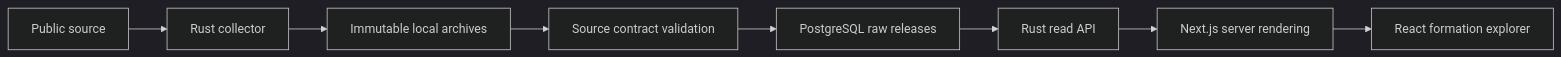
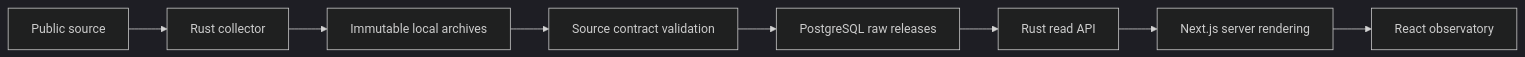
Before and after one commit to gregorsternat/gradavia: the diagram in ARCHITECTURE.md, drawn with Mermaid (dark theme). The commit also changed other lines of this file and 148 other files, not shown here.

````diff
--- a/ARCHITECTURE.md
+++ b/ARCHITECTURE.md
@@ -5,10 +5,10 @@
 ```mermaid
 flowchart LR
   Source[Public source] --> Adapter[Rust collector]
   Adapter --> Archive[Immutable local archives]
   Archive --> Validation[Source contract validation]
   Validation --> Store[PostgreSQL raw releases]
   Store --> API[Rust read API]
   API --> Server[Next.js server rendering]
-  Server --> UI[React formation explorer]
+  Server --> UI[React observatory]
 ```
````
